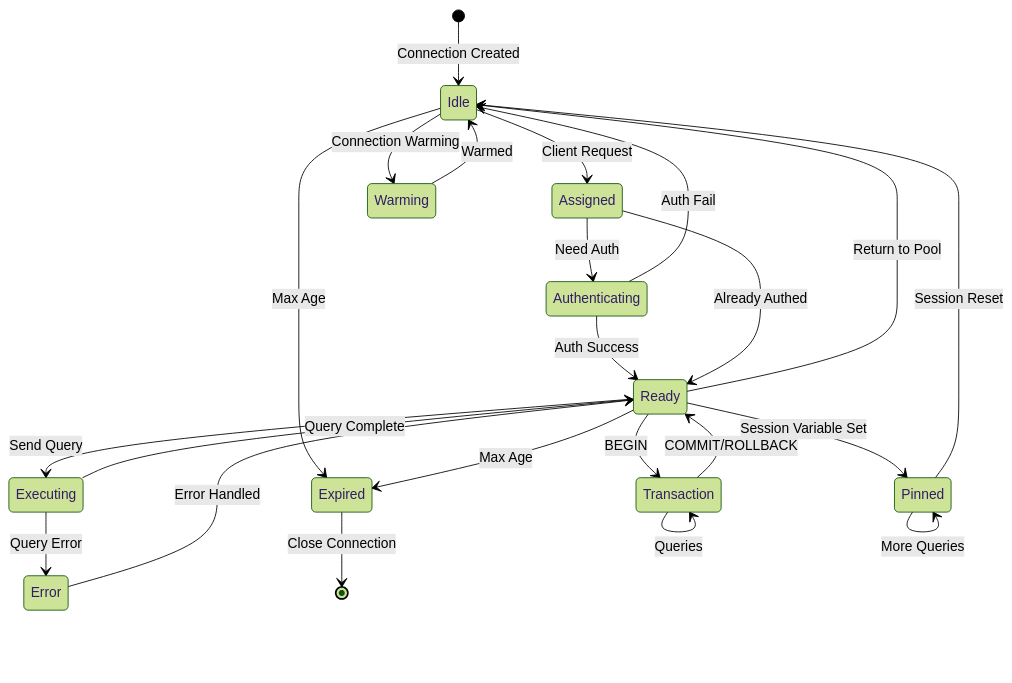
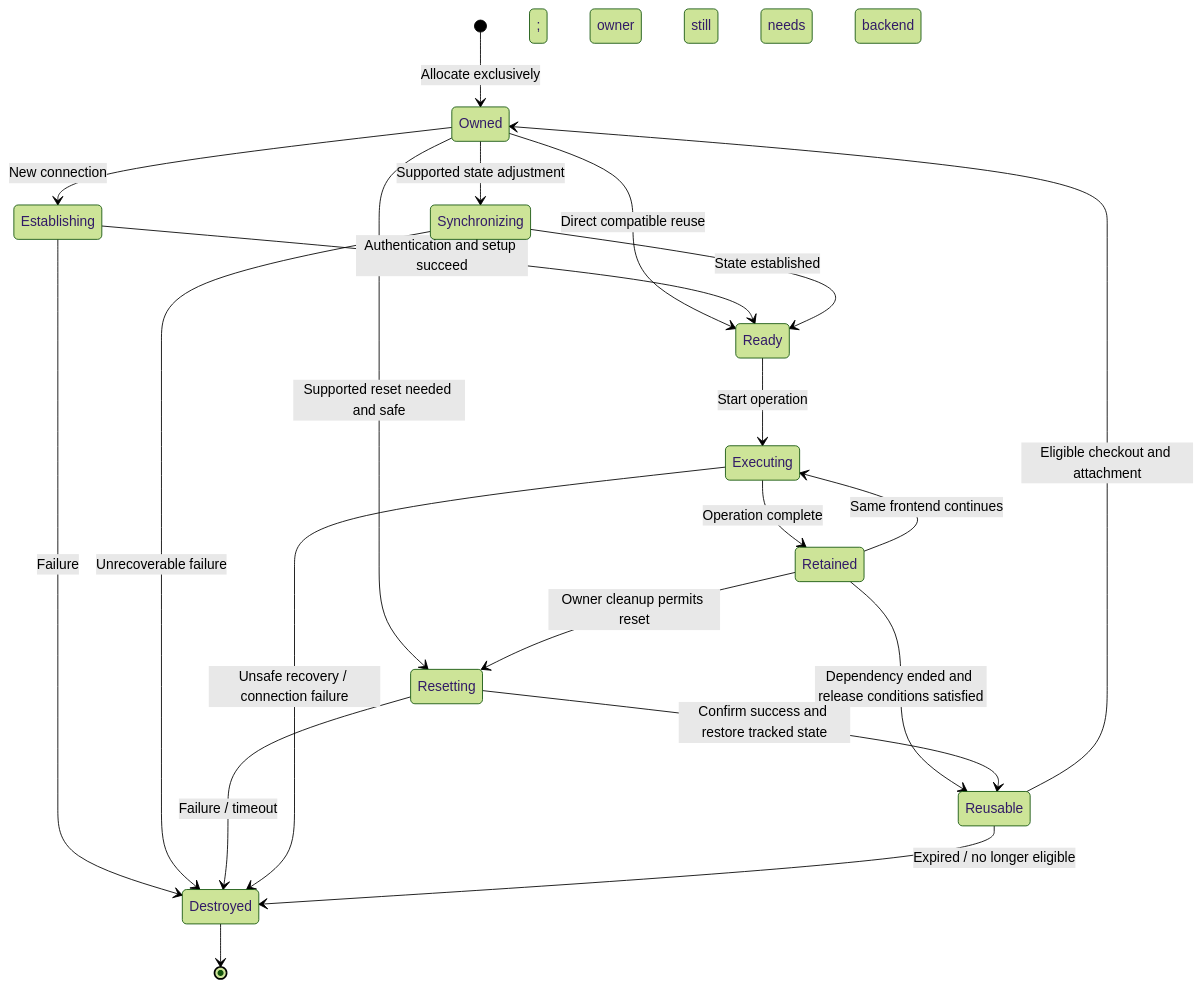
One commit to sysown/proxysql changed the tenth of 18 diagrams in doc/ai-generated/architecture/VISUAL-GUIDE.md. Above: the diagram before and after it, drawn with Mermaid (forest theme). The commit also changed other lines of this file and 26 other files, not shown here.

Commit message:
docs: refresh architecture and invariants [skip-ci] [skip ci]

````diff
--- a/doc/ai-generated/architecture/VISUAL-GUIDE.md
+++ b/doc/ai-generated/architecture/VISUAL-GUIDE.md
@@ -1049,31 +292,24 @@
 ```mermaid
 stateDiagram-v2
-    [*] --> Idle: Connection Created
-    
-    Idle --> Assigned: Client Request
-    Assigned --> Authenticating: Need Auth
-    Authenticating --> Ready: Auth Success
-    Authenticating --> Idle: Auth Fail
-    Assigned --> Ready: Already Authed
-    
-    Ready --> Executing: Send Query
-    Executing --> Ready: Query Complete
-    Executing --> Error: Query Error
-    Error --> Ready: Error Handled
-    
-    Ready --> Transaction: BEGIN
-    Transaction --> Transaction: Queries
-    Transaction --> Ready: COMMIT/ROLLBACK
-    
-    Ready --> Idle: Return to Pool
-    Idle --> Warming: Connection Warming
-    Warming --> Idle: Warmed
-    
-    Idle --> Expired: Max Age
-    Ready --> Expired: Max Age
-    Expired --> [*]: Close Connection
-    
-    Ready --> Pinned: Session Variable Set
-    Pinned --> Pinned: More Queries
-    Pinned --> Idle: Session Reset
+    [*] --> Owned: Allocate exclusively
+    Reusable --> Owned: Eligible checkout and attachment
+    Owned --> Establishing: New connection
+    Owned --> Synchronizing: Supported state adjustment
+    Owned --> Ready: Direct compatible reuse
+    Establishing --> Ready: Authentication and setup succeed
+    Establishing --> Destroyed: Failure
+    Synchronizing --> Ready: State established
+    Synchronizing --> Destroyed: Unrecoverable failure
+    Ready --> Executing: Start operation
+    Executing --> Retained: Operation complete; owner still needs backend state
+    Executing --> Reusable: Exchange complete and release conditions satisfied
+    Retained --> Executing: Same frontend continues
+    Retained --> Reusable: Dependency ended and release conditions satisfied
+    Owned --> Resetting: Supported reset needed and safe
+    Retained --> Resetting: Owner cleanup permits reset
+    Resetting --> Reusable: Confirm success and restore tracked state
+    Resetting --> Destroyed: Failure / timeout
+    Executing --> Destroyed: Unsafe recovery / connection failure
+    Reusable --> Destroyed: Expired / no longer eligible
+    Destroyed --> [*]
 ```
````
